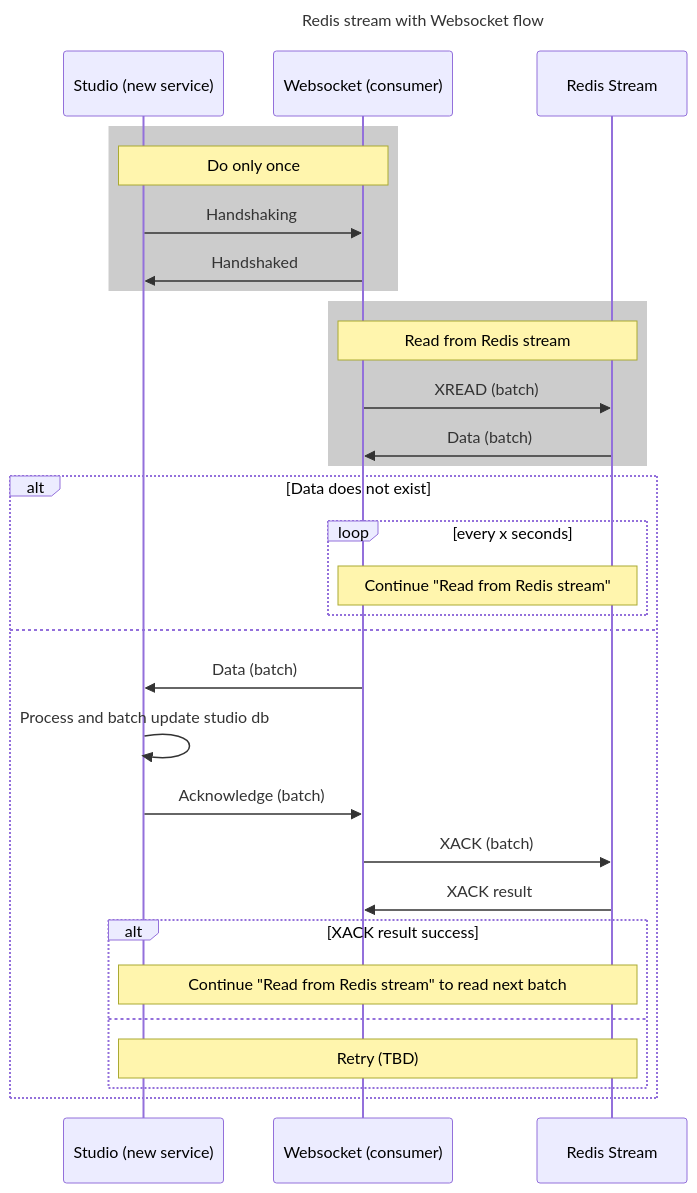
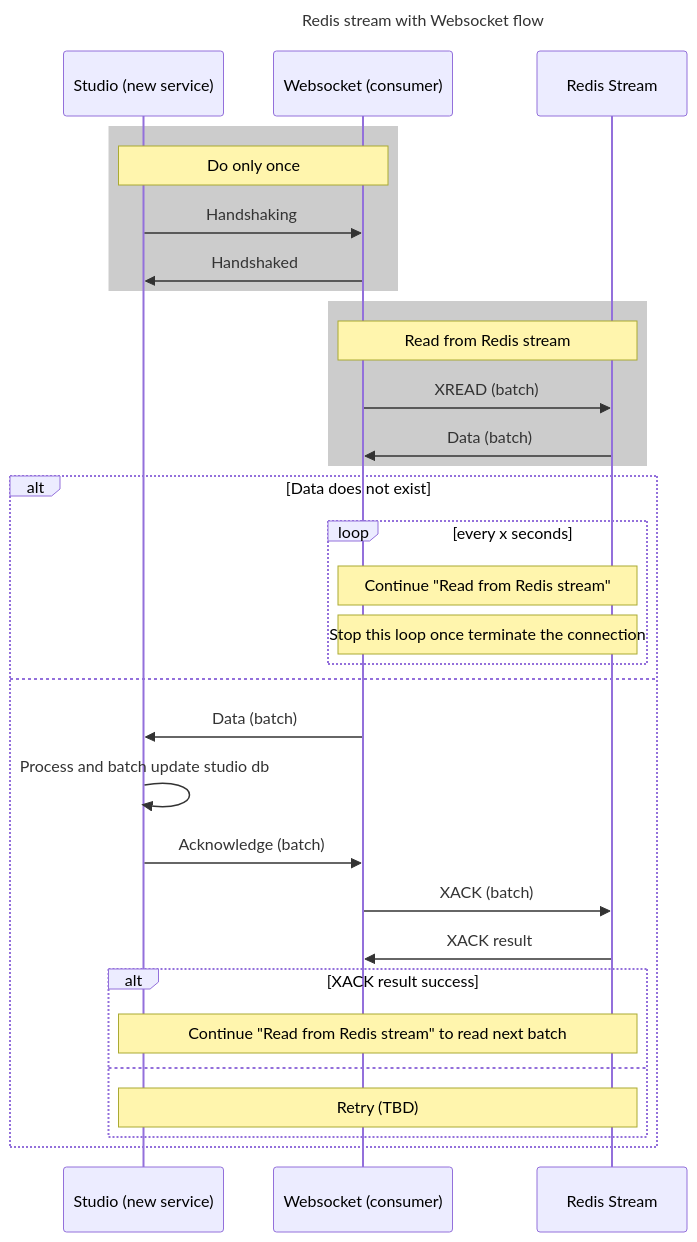
One commit to gutakk/redis-stream-test changed the diagram in flow.md. Above: the diagram before and after it, drawn with Mermaid.

Commit message:
Update flow

````diff
--- a/flow.md
+++ b/flow.md
@@ -1,38 +1,39 @@
 ```mermaid
 sequenceDiagram
   title: Redis stream with Websocket flow
 
   participant S as Studio (new service)
   participant W as Websocket (consumer)
   Participant R as Redis Stream
 
   rect rgba(0, 0, 0, 0.2)
     Note over S,W: Do only once
     S->>W: Handshaking
     W->>S: Handshaked
   end
 
   rect rgba(0, 0, 0, 0.2)
     Note over W,R: Read from Redis stream
     W->>R: XREAD (batch)
     R->>W: Data (batch)
   end
 
   alt Data does not exist
     loop every x seconds
       Note over W,R: Continue "Read from Redis stream"
+      Note over W,R: Stop this loop once terminate the connection
     end
   else
     W->>S: Data (batch)
     S->>S: Process and batch update studio db
     S->>W: Acknowledge (batch)
     W->>R: XACK (batch)
     R->>W: XACK result
 
     alt XACK result success
       Note over S,R: Continue "Read from Redis stream" to read next batch
     else
       Note over S,R: Retry (TBD)
     end
   end
 ```
````
